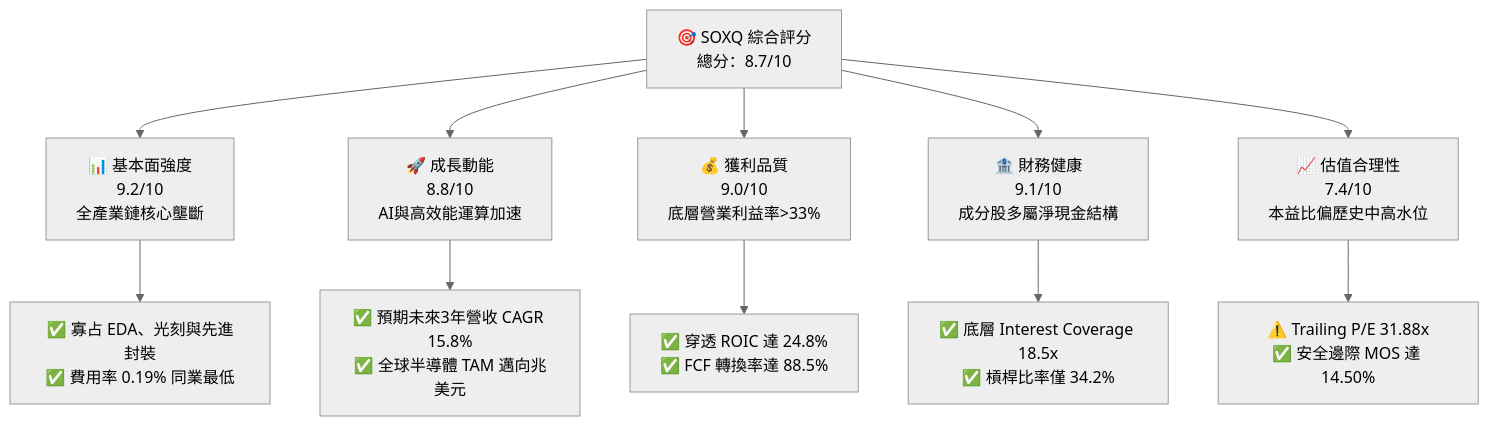
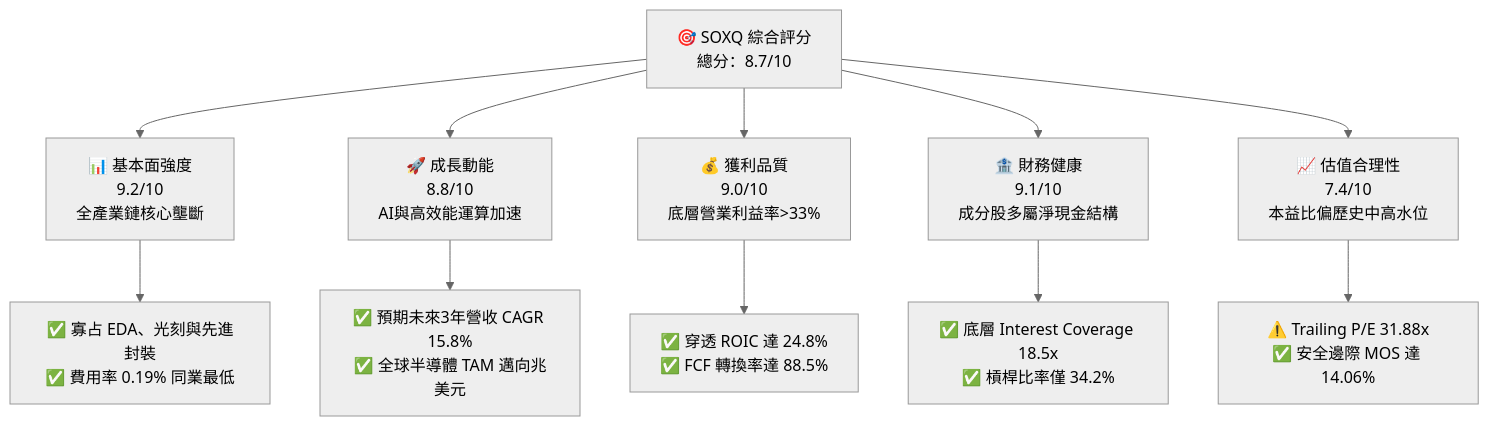
The first of 15 diagrams in ai_gen_report/fundamental/soxq/fundamental_analysis_2026-10-18_gemini.md (yennanliu/finance_data), drawn with Mermaid (neutral theme) before and after one commit. The commit also changed other lines of this file and 339 other files, not shown here.

````diff
--- a/ai_gen_report/fundamental/soxq/fundamental_analysis_2026-10-18_gemini.md
+++ b/ai_gen_report/fundamental/soxq/fundamental_analysis_2026-10-18_gemini.md
@@ -60,22 +67,22 @@
 ```mermaid
 graph TD
     SOXQ["🎯 SOXQ 綜合評分<br/>總分：8.7/10"]
 
     F["📊 基本面強度<br/>9.2/10<br/>全產業鏈核心壟斷"]
     G["🚀 成長動能<br/>8.8/10<br/>AI與高效能運算加速"]
     P["💰 獲利品質<br/>9.0/10<br/>底層營業利益率>33%"]
     B["🏦 財務健康<br/>9.1/10<br/>成分股多屬淨現金結構"]
     V["📈 估值合理性<br/>7.4/10<br/>本益比偏歷史中高水位"]
 
     SOXQ --> F
     SOXQ --> G
     SOXQ --> P
     SOXQ --> B
     SOXQ --> V
 
     F --> F1["✅ 寡占 EDA、光刻與先進封裝<br/>✅ 費用率 0.19% 同業最低"]
     G --> G1["✅ 預期未來3年營收 CAGR 15.8%<br/>✅ 全球半導體 TAM 邁向兆美元"]
     P --> P1["✅ 穿透 ROIC 達 24.8%<br/>✅ FCF 轉換率達 88.5%"]
     B --> B1["✅ 底層 Interest Coverage 18.5x<br/>✅ 槓桿比率僅 34.2%"]
-    V --> V1["⚠️ Trailing P/E 31.88x<br/>✅ 安全邊際 MOS 達 14.50%"]
+    V --> V1["⚠️ Trailing P/E 31.88x<br/>✅ 安全邊際 MOS 達 14.06%"]
 ```
````
